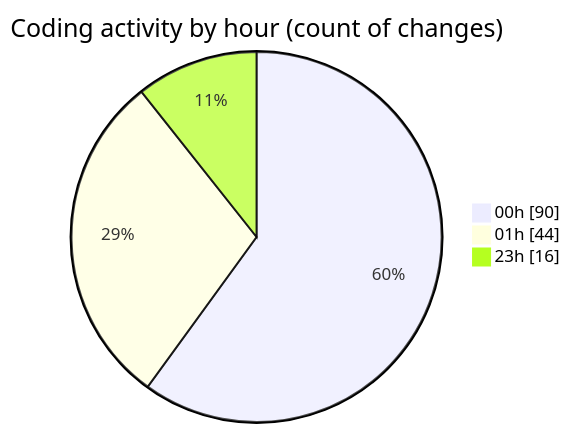
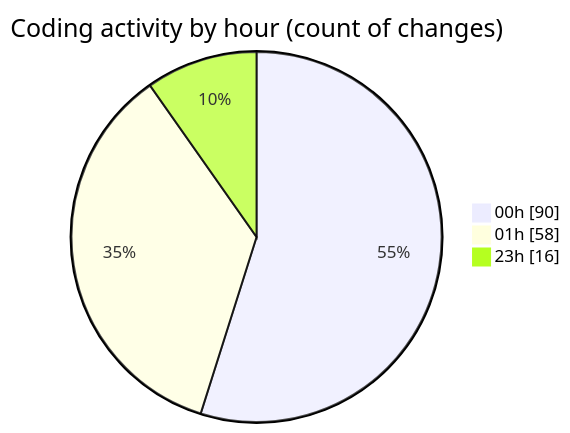
The second of 2 diagrams in 2025-05-26/projects/README.md (Ritupan-Deka/code-tracking), drawn with Mermaid before and after one commit. The commit also changed other lines of this file and 1 other file, not shown here.

````diff
--- a/2025-05-26/projects/README.md
+++ b/2025-05-26/projects/README.md
@@ -33,7 +33,7 @@
 ```mermaid
 pie showData
 title Coding activity by hour (count of changes)
 "00h" : 90
-"01h" : 44
+"01h" : 58
 "23h" : 16
 ```
````
